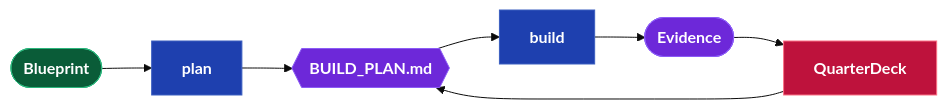
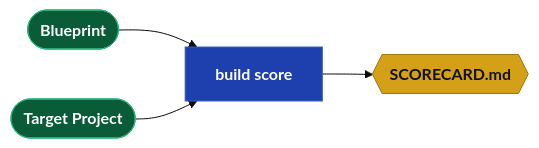
Before and after one commit to webcloudstudio/Drydock: the sixth of 10 diagrams in docs/Drydock_Specification.md, drawn with Mermaid (base theme). The commit also changed other lines of this file and 2 other files, not shown here.

First line of the commit message:
Restructure specification around the Setup-Plan-Build-Iterate lifecycle

````diff
--- a/docs/Drydock_Specification.md
+++ b/docs/Drydock_Specification.md
@@ -1009,14 +459,13 @@
 ```mermaid
 flowchart LR
   classDef dir    fill:#0a5c38,stroke:#2cb67d,color:#fff,font-weight:bold
+  classDef md     fill:#d4a017,stroke:#a07810,color:#111,font-weight:bold
   classDef script fill:#1e40af,stroke:#3b5fc0,color:#fff,font-weight:bold
+  classDef prompt fill:#c2410c,stroke:#ea580c,color:#fff,font-weight:bold
   classDef output fill:#6d28d9,stroke:#8b5cf6,color:#fff,font-weight:bold
   classDef web    fill:#be123c,stroke:#fb7185,color:#fff,font-weight:bold
 
-  SPEC(["Blueprint"]):::dir --> PLAN["plan"]:::script
-  PLAN --> BP{{"BUILD_PLAN.md"}}:::output
-  BP --> BUILD["build"]:::script
-  BUILD --> EVIDENCE(["Evidence"]):::output
-  EVIDENCE --> CONSOLE["QuarterDeck"]:::web
-  CONSOLE --> BP
+  SPEC(["Blueprint"]):::dir --> SCORE["build score"]:::script
+  TGT(["Target Project"]):::dir --> SCORE
+  SCORE --> SC{{"SCORECARD.md"}}:::md
 ```
````
